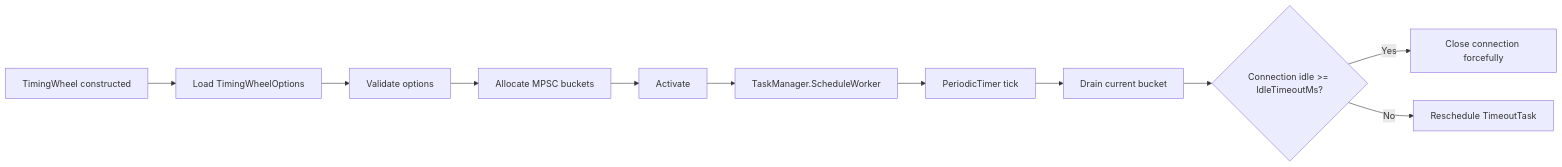
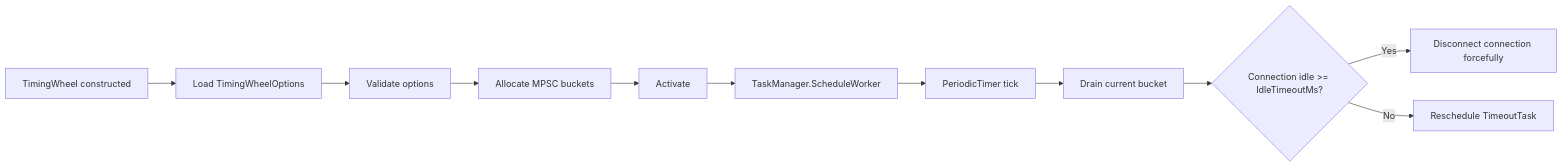
Before and after one commit to ppn-systems/Nalix: the diagram in docs/api/network/options/timing-wheel-options.md, drawn with Mermaid. The commit also changed other lines of this file and 18 other files, not shown here.

First line of the commit message:
refactor: remove connection close (#119)

````diff
--- a/docs/api/network/options/timing-wheel-options.md
+++ b/docs/api/network/options/timing-wheel-options.md
@@ -39,13 +39,13 @@
 ```mermaid
 flowchart LR
     A["TimingWheel constructed"] --> B["Load TimingWheelOptions"]
     B --> C["Validate options"]
     C --> D["Allocate MPSC buckets"]
     D --> E["Activate"]
     E --> F["TaskManager.ScheduleWorker"]
     F --> G["PeriodicTimer tick"]
     G --> H["Drain current bucket"]
     H --> I{"Connection idle >= IdleTimeoutMs?"}
-    I -->|Yes| J["Close connection forcefully"]
+    I -->|Yes| J["Disconnect connection forcefully"]
     I -->|No| K["Reschedule TimeoutTask"]
 ```
````
